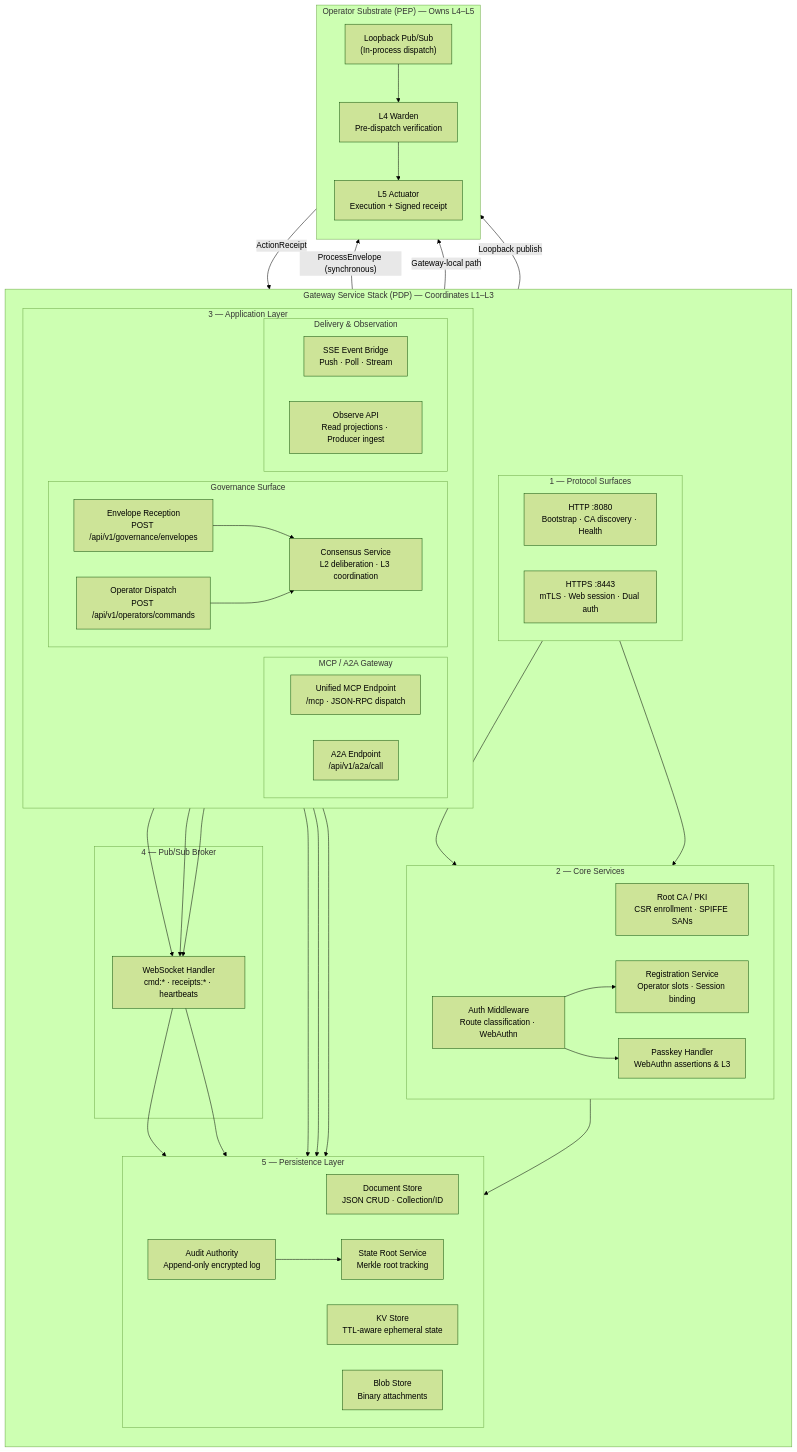
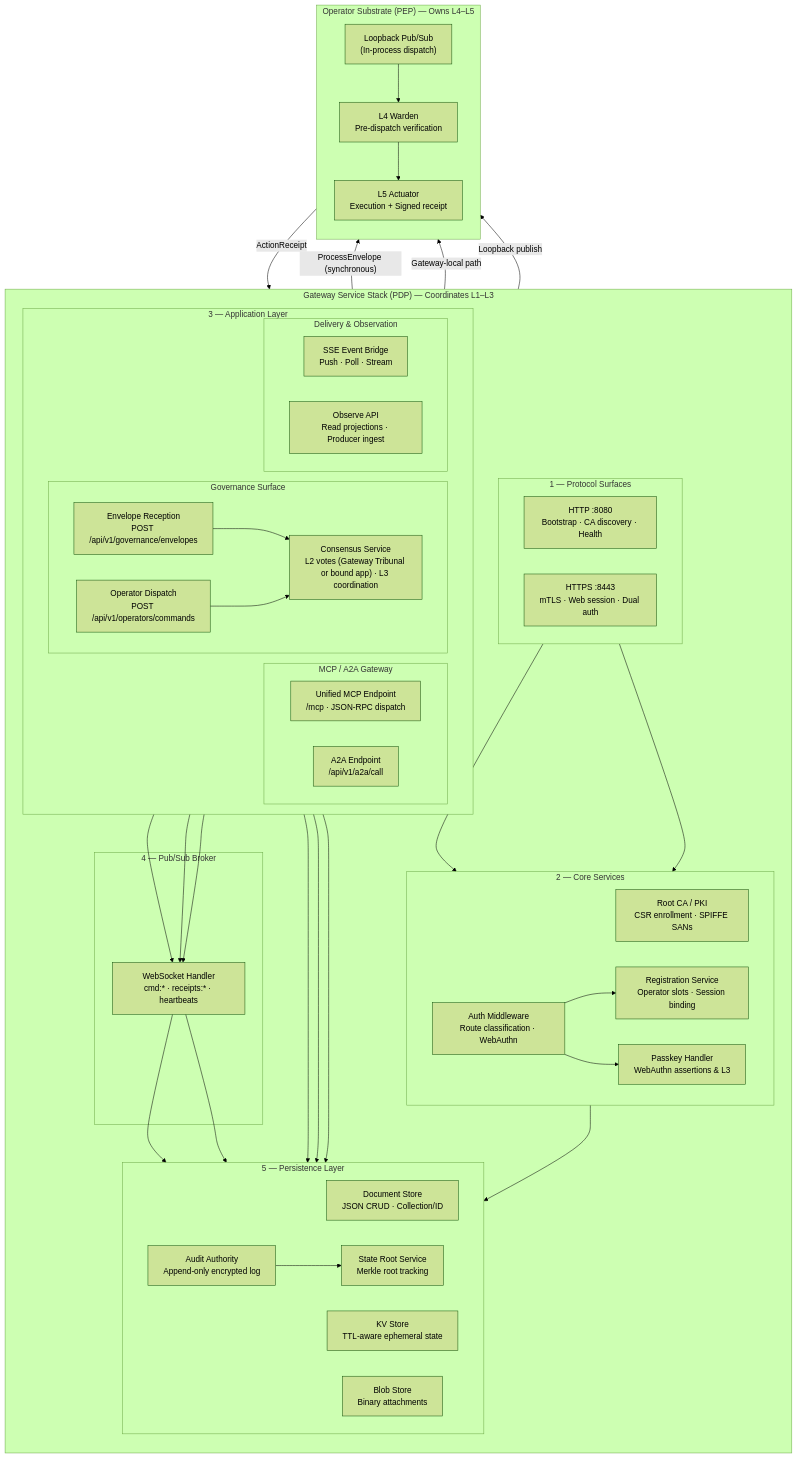
Before and after one commit to zerotrustdata/ztd: the diagram in docs/diagrams/graph-gateway-services.md, drawn with Mermaid (forest theme). The commit also changed other lines of this file and 708 other files, not shown here.

First line of the commit message:
v1.3.0 - Tribunal Consensus and Governed Execution (#67)

```diff
--- a/docs/diagrams/graph-gateway-services.md
+++ b/docs/diagrams/graph-gateway-services.md
@@ -51,7 +51,7 @@
             subgraph Governance ["Governance Surface"]
                 EnvelopeRx["Envelope Reception<br/>POST /api/v1/governance/envelopes"]
                 Dispatch["Operator Dispatch<br/>POST /api/v1/operators/commands"]
-                Consensus["Consensus Service<br/>L2 deliberation · L3 coordination"]
+                Consensus["Consensus Service<br/>L2 votes (Gateway Tribunal or bound app) · L3 coordination"]
             end
             subgraph Delivery ["Delivery & Observation"]
                 SSE["SSE Event Bridge<br/>Push · Poll · Stream"]
```
